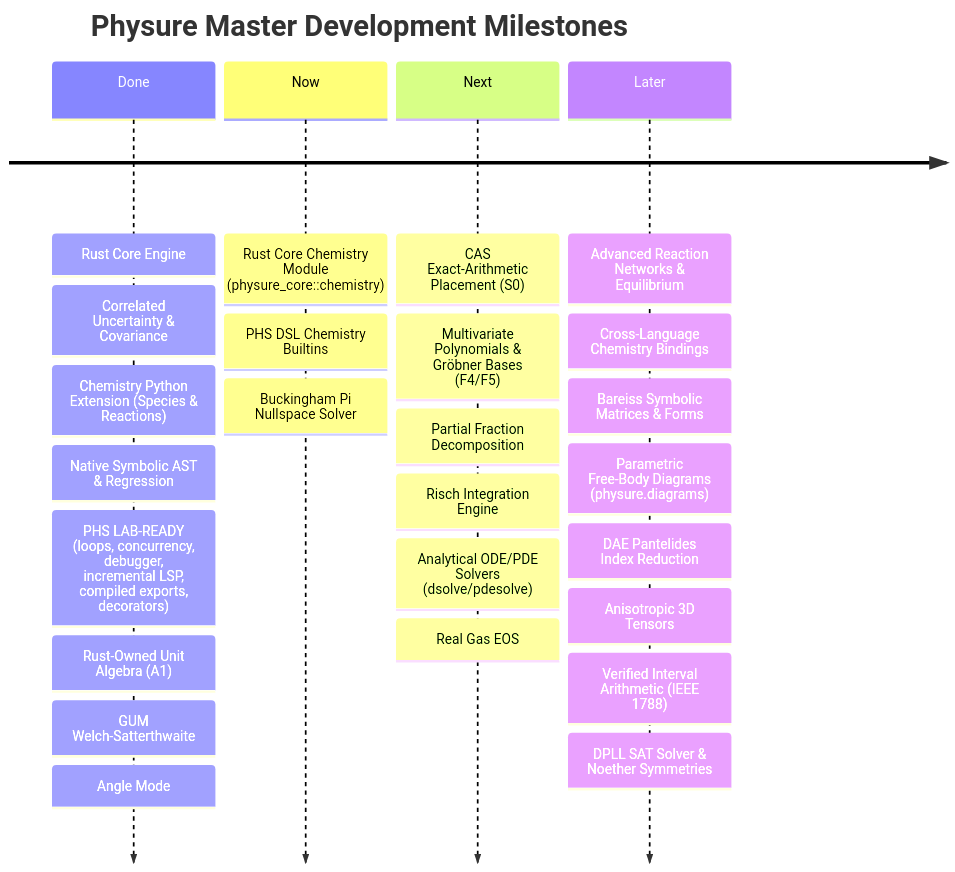
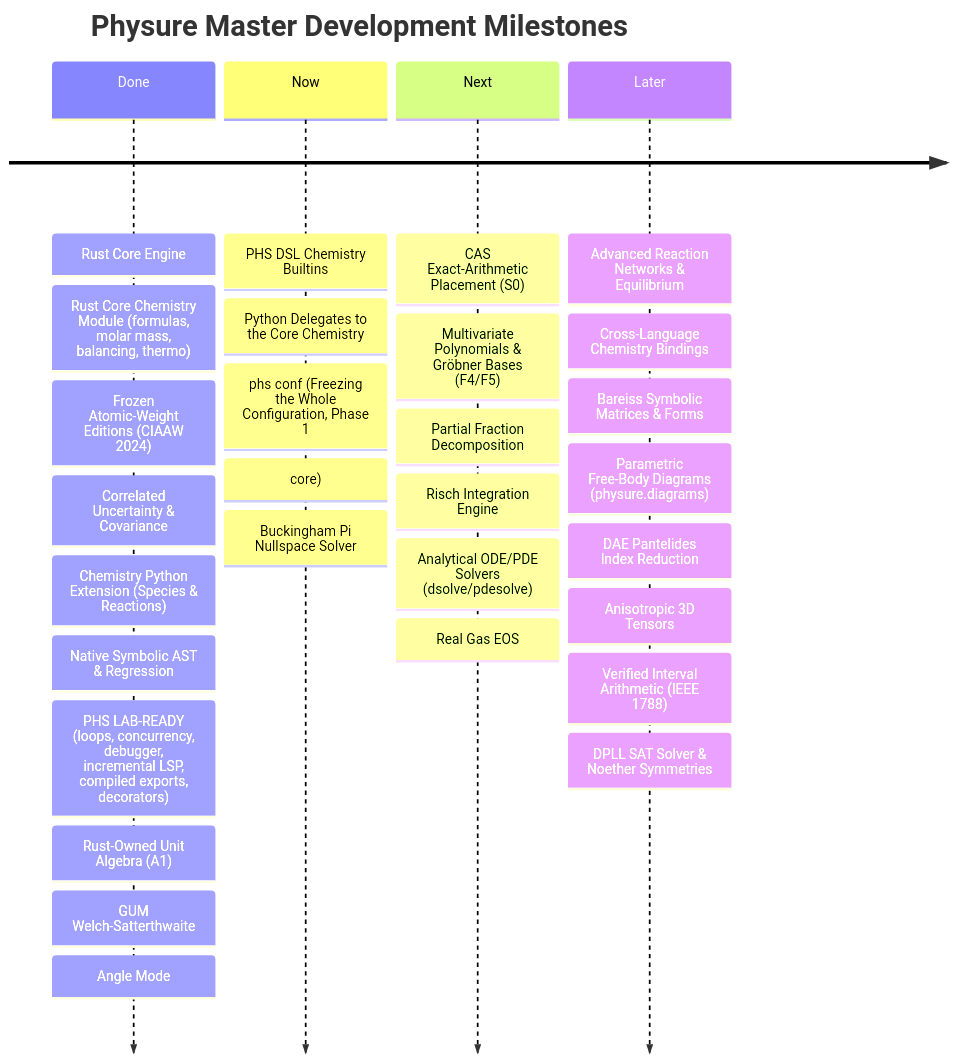
Before and after one commit to Alexisrx96/physure: the diagram in ROADMAP.md, drawn with Mermaid. The commit also changed other lines of this file and 1 other file, not shown here.

Commit message:
docs(roadmap): chemistry core shipped; phs conf (reproducibility and audited use) added

````diff
--- a/ROADMAP.md
+++ b/ROADMAP.md
@@ -57,8 +61,8 @@
 ```mermaid
 timeline
     title Physure Master Development Milestones
-    Done : Rust Core Engine : Correlated Uncertainty & Covariance : Chemistry Python Extension (Species & Reactions) : Native Symbolic AST & Regression : PHS LAB-READY (loops, concurrency, debugger, incremental LSP, compiled exports, decorators) : Rust-Owned Unit Algebra (A1) : GUM Welch-Satterthwaite : Angle Mode
-    Now : Rust Core Chemistry Module (physure_core::chemistry) : PHS DSL Chemistry Builtins : Buckingham Pi Nullspace Solver
+    Done : Rust Core Engine : Rust Core Chemistry Module (formulas, molar mass, balancing, thermo) : Frozen Atomic-Weight Editions (CIAAW 2024) : Correlated Uncertainty & Covariance : Chemistry Python Extension (Species & Reactions) : Native Symbolic AST & Regression : PHS LAB-READY (loops, concurrency, debugger, incremental LSP, compiled exports, decorators) : Rust-Owned Unit Algebra (A1) : GUM Welch-Satterthwaite : Angle Mode
+    Now : PHS DSL Chemistry Builtins : Python Delegates to the Core Chemistry : phs conf (Freezing the Whole Configuration, Phase 1: core) : Buckingham Pi Nullspace Solver
     Next : CAS Exact-Arithmetic Placement (S0) : Multivariate Polynomials & Gröbner Bases (F4/F5) : Partial Fraction Decomposition : Risch Integration Engine : Analytical ODE/PDE Solvers (dsolve/pdesolve) : Real Gas EOS
     Later : Advanced Reaction Networks & Equilibrium : Cross-Language Chemistry Bindings : Bareiss Symbolic Matrices & Forms : Parametric Free-Body Diagrams (physure.diagrams) : DAE Pantelides Index Reduction : Anisotropic 3D Tensors : Verified Interval Arithmetic (IEEE 1788) : DPLL SAT Solver & Noether Symmetries
 ```
````
